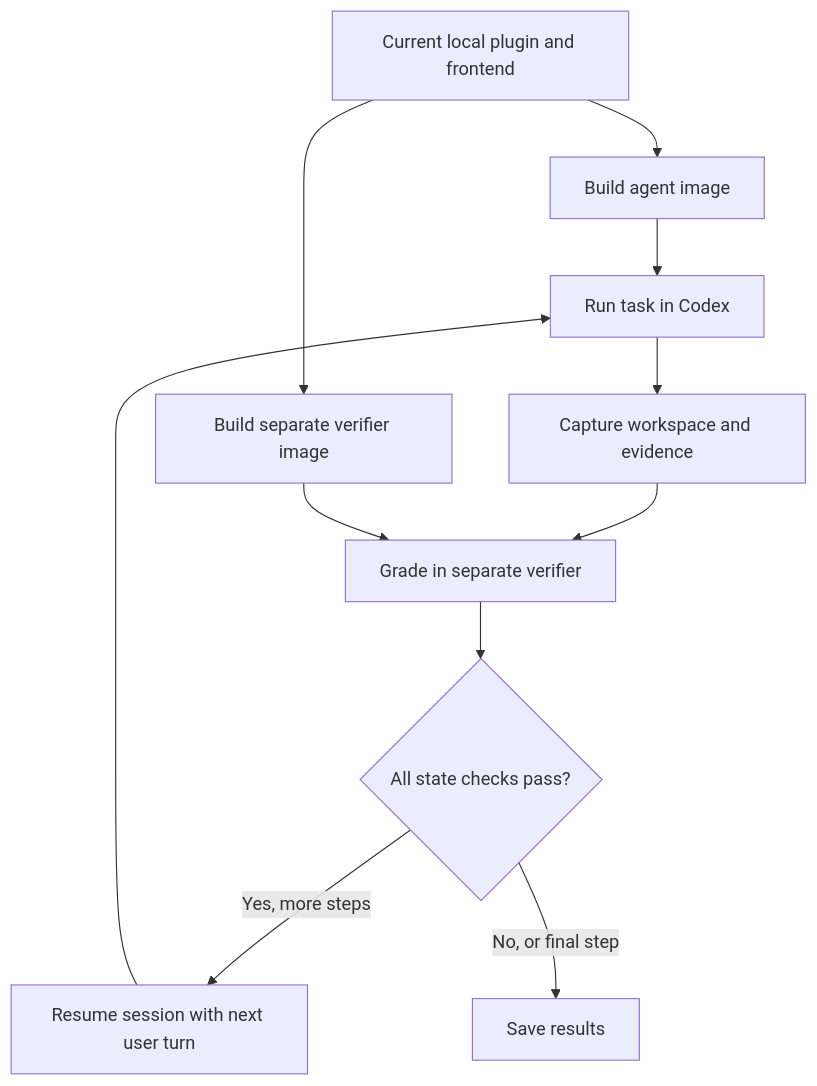
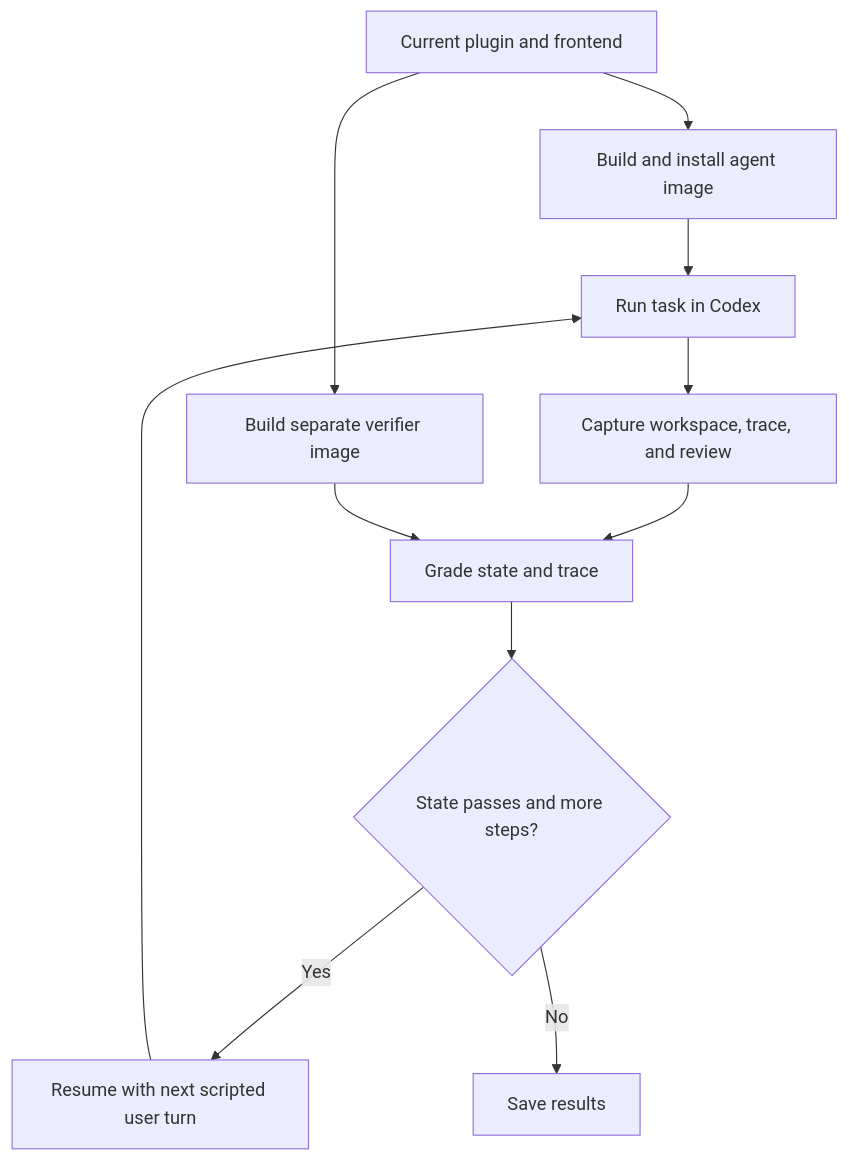
The diagram in evals/harbor/README.md (SamArgt/auto-bean), drawn with Mermaid before and after one commit. The commit also changed other lines of this file and 14 other files, not shown here.

````diff
--- a/evals/harbor/README.md
+++ b/evals/harbor/README.md
@@ -21,13 +44,13 @@
 ```mermaid
 flowchart TD
-    A[Current local plugin and frontend] --> B[Build agent image]
+    A[Current plugin and frontend] --> B[Build and install agent image]
     A --> C[Build separate verifier image]
     B --> D[Run task in Codex]
-    D --> E[Capture workspace and evidence]
-    E --> F[Grade in separate verifier]
+    D --> E[Capture workspace, trace, and review]
+    E --> F[Grade state and trace]
     C --> F
-    F --> G{All state checks pass?}
-    G -->|Yes, more steps| H[Resume session with next user turn]
+    F --> G{State passes and more steps?}
+    G -->|Yes| H[Resume with next scripted user turn]
     H --> D
-    G -->|No, or final step| I[Save results]
+    G -->|No| I[Save results]
 ```
````
